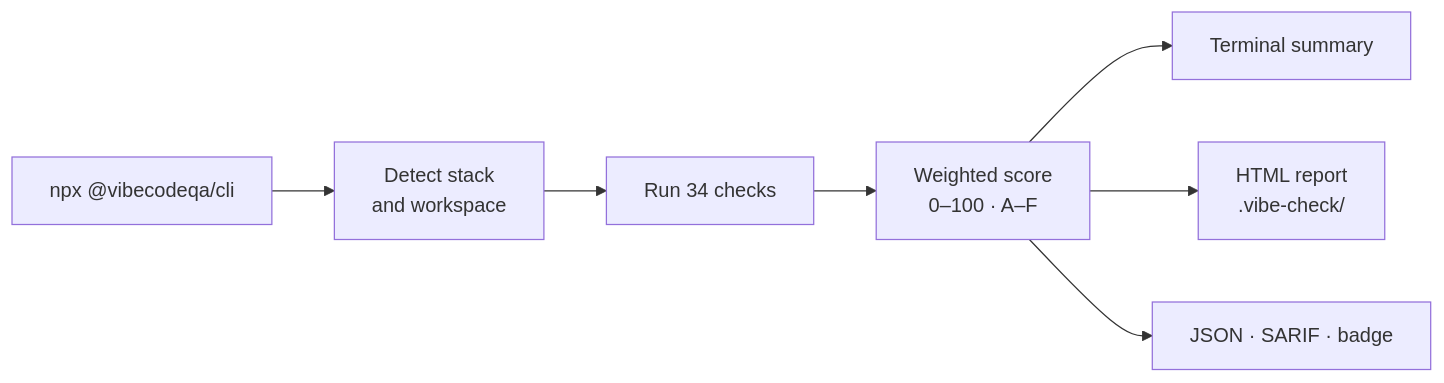
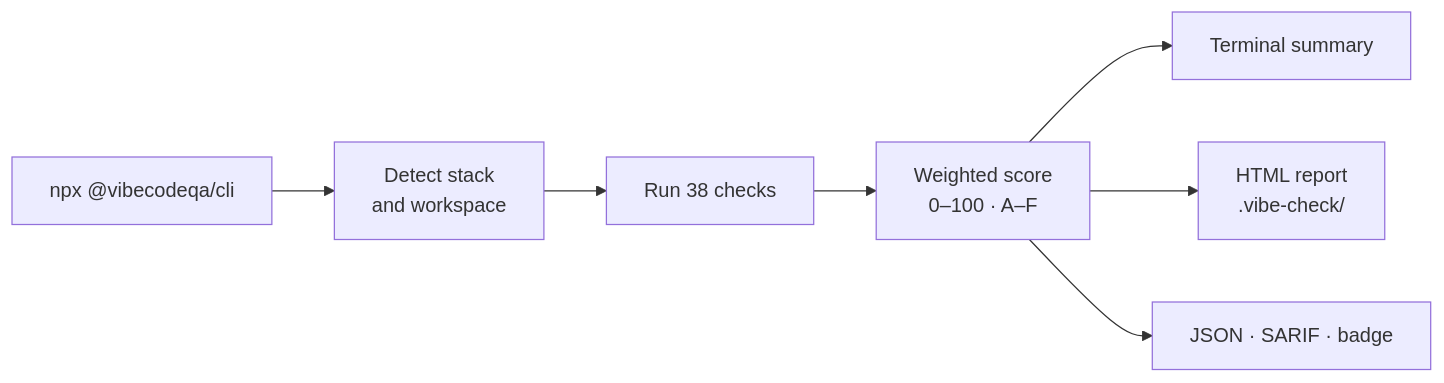
The diagram in docs/docs/index.md (vibecodeqa/vibecodeqa), drawn with Mermaid before and after one commit. The commit also changed other lines of this file and 6 other files, not shown here.

````diff
--- a/docs/docs/index.md
+++ b/docs/docs/index.md
@@ -39,9 +39,9 @@
 ```mermaid
 flowchart LR
   A[npx @vibecodeqa/cli] --> B[Detect stack<br/>and workspace]
-  B --> C[Run 34 checks]
+  B --> C[Run 38 checks]
   C --> D[Weighted score<br/>0–100 · A–F]
   D --> E[Terminal summary]
   D --> F[HTML report<br/>.vibe-check/]
   D --> G[JSON · SARIF · badge]
 ```
````
